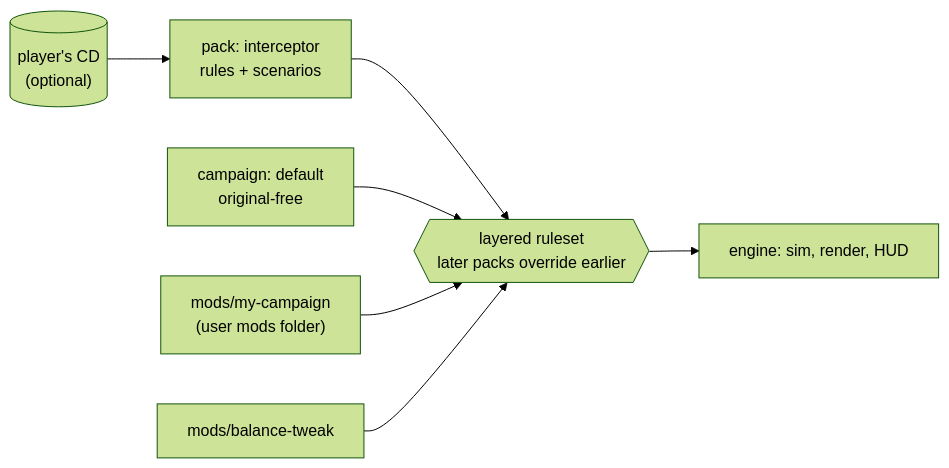
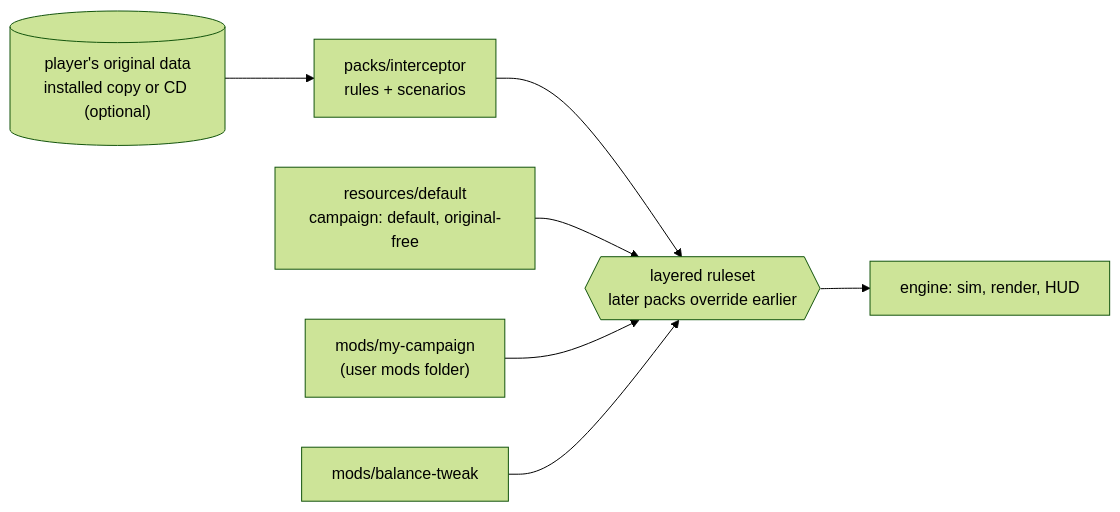
Before and after one commit to bbogovich/OpenInterceptor: the diagram in docs/modding/index.md, drawn with Mermaid (forest theme). The commit also changed other lines of this file and 49 other files, not shown here.

````diff
--- a/docs/modding/index.md
+++ b/docs/modding/index.md
@@ -12,12 +12,12 @@
 ```mermaid
 flowchart LR
-    CD[("player's CD<br/>(optional)")] --> I["pack: interceptor<br/>rules + scenarios"]
-    S["campaign: default<br/>original-free"]
+    CD[("player's original data<br/>installed copy or CD (optional)")] --> I["packs/interceptor<br/>rules + scenarios"]
+    S["resources/default<br/>campaign: default, original-free"]
     M1["mods/my-campaign<br/>(user mods folder)"]
     M2["mods/balance-tweak"]
     I --> L{{"layered ruleset<br/>later packs override earlier"}}
     S --> L
     M1 --> L
     M2 --> L
     L --> E["engine: sim, render, HUD"]
 ```
````
